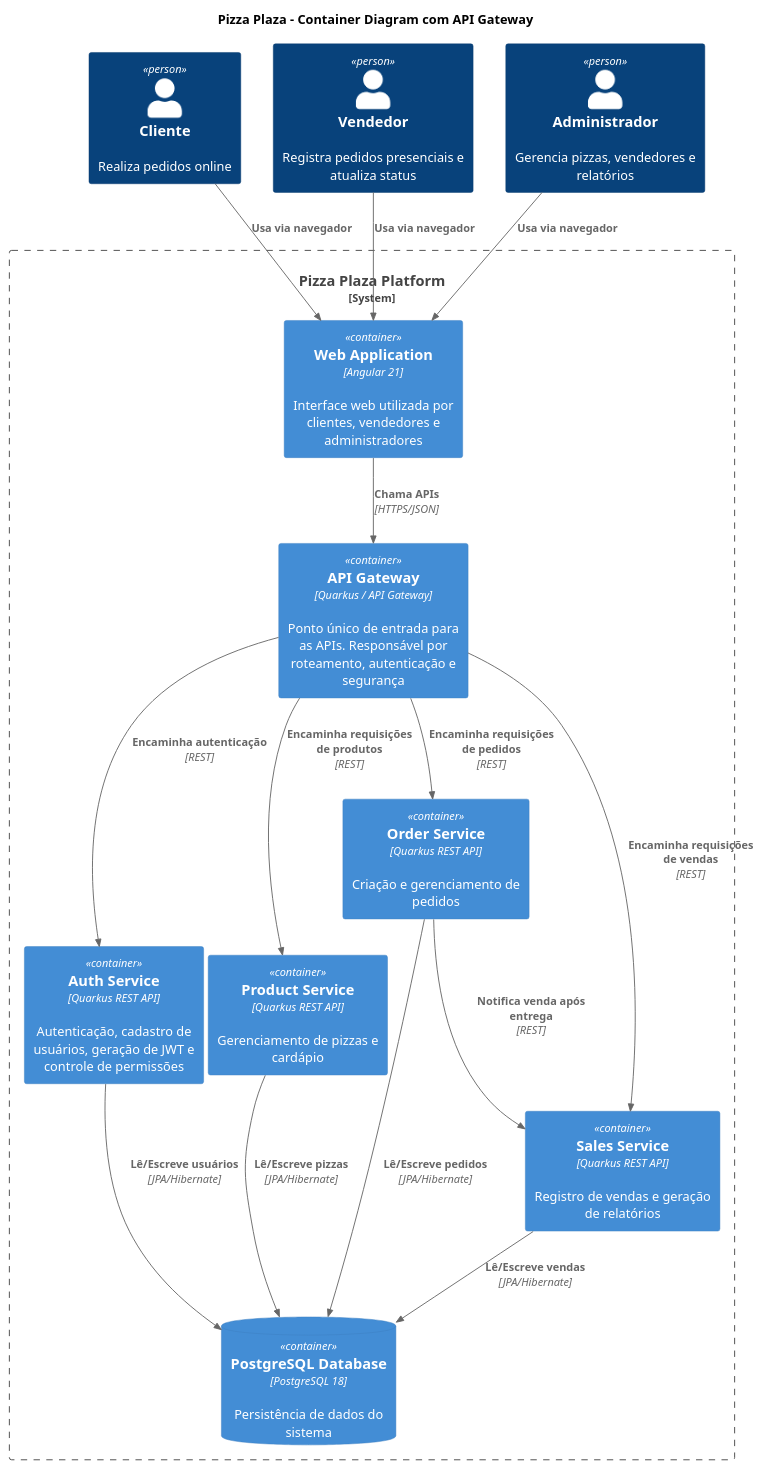
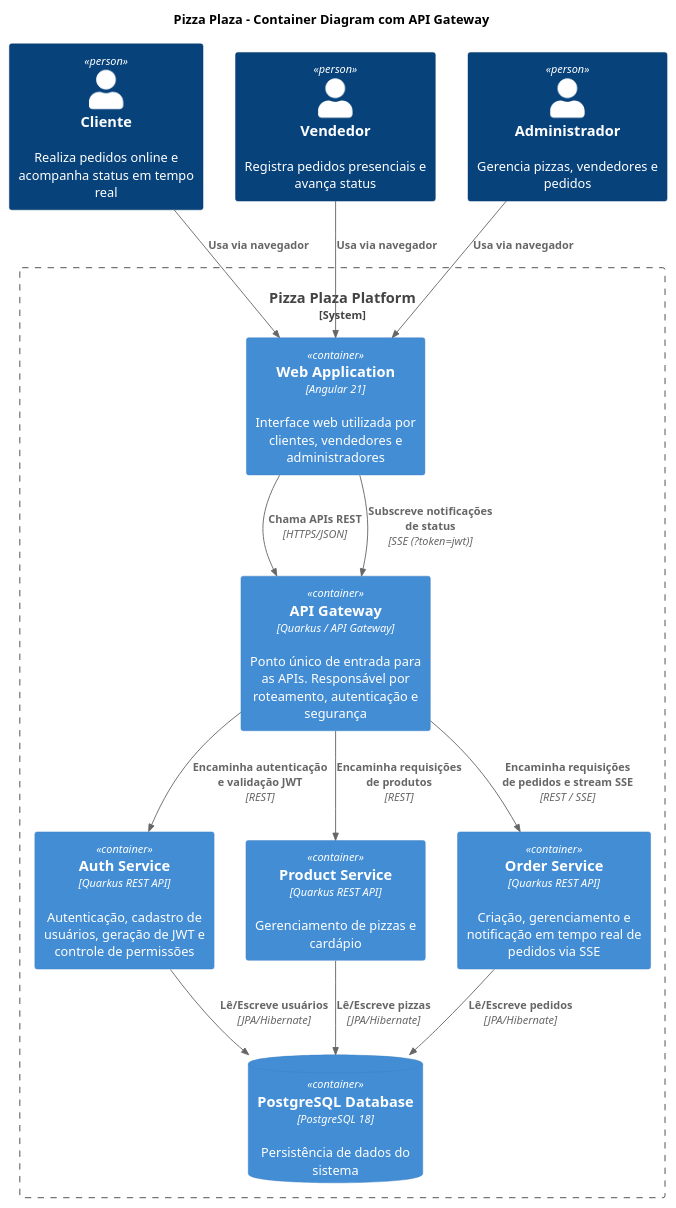
The diagram in docs/c4/Containers/c4_containers.puml (Luis-Fernando-Pereira/pizzaplaza), drawn with PlantUML before and after one commit. The commit also changed 15 other files, not shown here.

```diff
--- a/docs/c4/Containers/c4_containers.puml
+++ b/docs/c4/Containers/c4_containers.puml
@@ -1,45 +1,40 @@
 @startuml C4_Container
 !include https://raw.githubusercontent.com/plantuml-stdlib/C4-PlantUML/master/C4_Container.puml
 
 title Pizza Plaza - Container Diagram com API Gateway
 
-Person(cliente, "Cliente", "Realiza pedidos online")
-Person(vendedor, "Vendedor", "Registra pedidos presenciais e atualiza status")
-Person(admin, "Administrador", "Gerencia pizzas, vendedores e relatórios")
+Person(cliente, "Cliente", "Realiza pedidos online e acompanha status em tempo real")
+Person(vendedor, "Vendedor", "Registra pedidos presenciais e avança status")
+Person(admin, "Administrador", "Gerencia pizzas, vendedores e pedidos")
 
 System_Boundary(system, "Pizza Plaza Platform") {
 
     Container(frontend, "Web Application", "Angular 21","Interface web utilizada por clientes, vendedores e administradores")
 
     Container(api_gateway, "API Gateway", "Quarkus / API Gateway","Ponto único de entrada para as APIs. Responsável por roteamento, autenticação e segurança")
 
     Container(auth_service, "Auth Service", "Quarkus REST API","Autenticação, cadastro de usuários, geração de JWT e controle de permissões")
 
     Container(product_service, "Product Service", "Quarkus REST API","Gerenciamento de pizzas e cardápio")
 
-    Container(order_service, "Order Service", "Quarkus REST API","Criação e gerenciamento de pedidos")
-
-    Container(sales_service, "Sales Service", "Quarkus REST API","Registro de vendas e geração de relatórios")
+    Container(order_service, "Order Service", "Quarkus REST API","Criação, gerenciamento e notificação em tempo real de pedidos via SSE")
 
     ContainerDb(database, "PostgreSQL Database", "PostgreSQL 18","Persistência de dados do sistema")
 }
 
 Rel(cliente, frontend, "Usa via navegador")
 Rel(vendedor, frontend, "Usa via navegador")
 Rel(admin, frontend, "Usa via navegador")
 
-Rel(frontend, api_gateway, "Chama APIs", "HTTPS/JSON")
+Rel(frontend, api_gateway, "Chama APIs REST", "HTTPS/JSON")
+Rel(frontend, api_gateway, "Subscreve notificações de status", "SSE (?token=jwt)")
 
-Rel(api_gateway, auth_service, "Encaminha autenticação", "REST")
+Rel(api_gateway, auth_service, "Encaminha autenticação e validação JWT", "REST")
 Rel(api_gateway, product_service, "Encaminha requisições de produtos", "REST")
-Rel(api_gateway, order_service, "Encaminha requisições de pedidos", "REST")
-Rel(api_gateway, sales_service, "Encaminha requisições de vendas", "REST")
+Rel(api_gateway, order_service, "Encaminha requisições de pedidos e stream SSE", "REST / SSE")
 
 Rel(auth_service, database, "Lê/Escreve usuários", "JPA/Hibernate")
 Rel(product_service, database, "Lê/Escreve pizzas", "JPA/Hibernate")
 Rel(order_service, database, "Lê/Escreve pedidos", "JPA/Hibernate")
-Rel(sales_service, database, "Lê/Escreve vendas", "JPA/Hibernate")
-
-Rel(order_service, sales_service, "Notifica venda após entrega", "REST")
 
 @enduml
```
